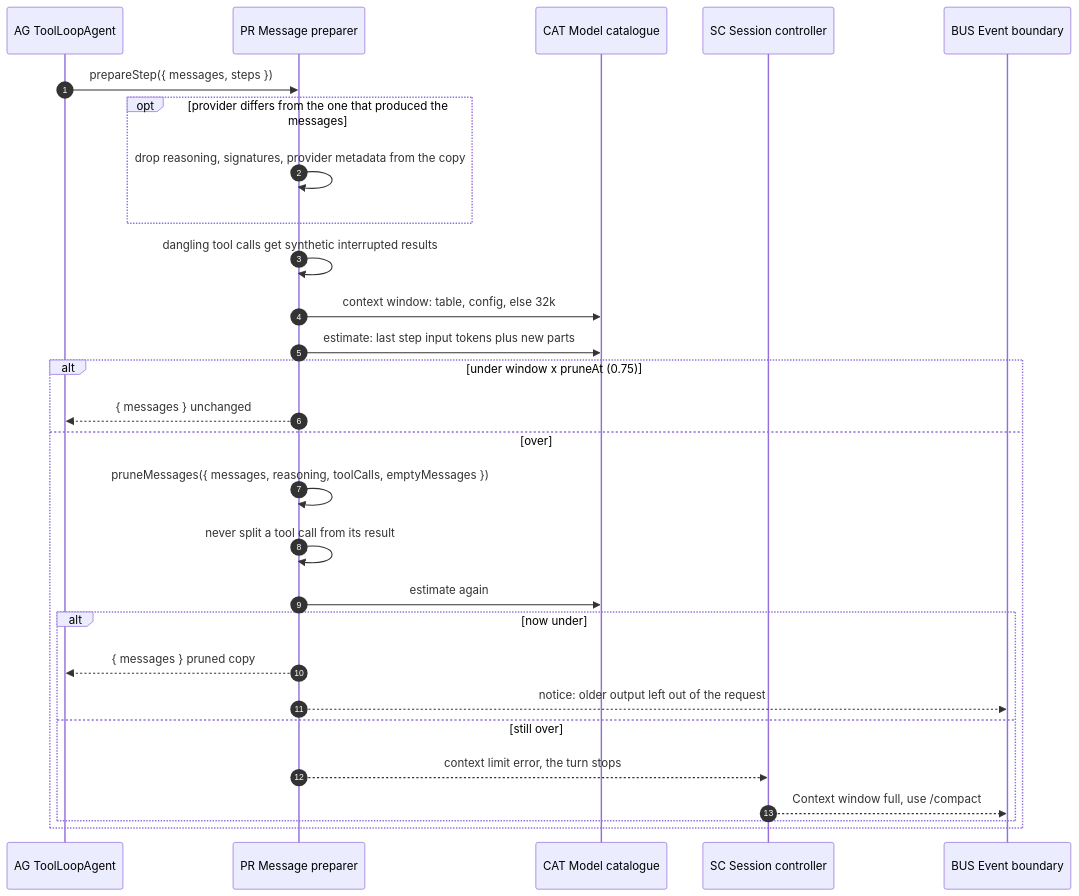
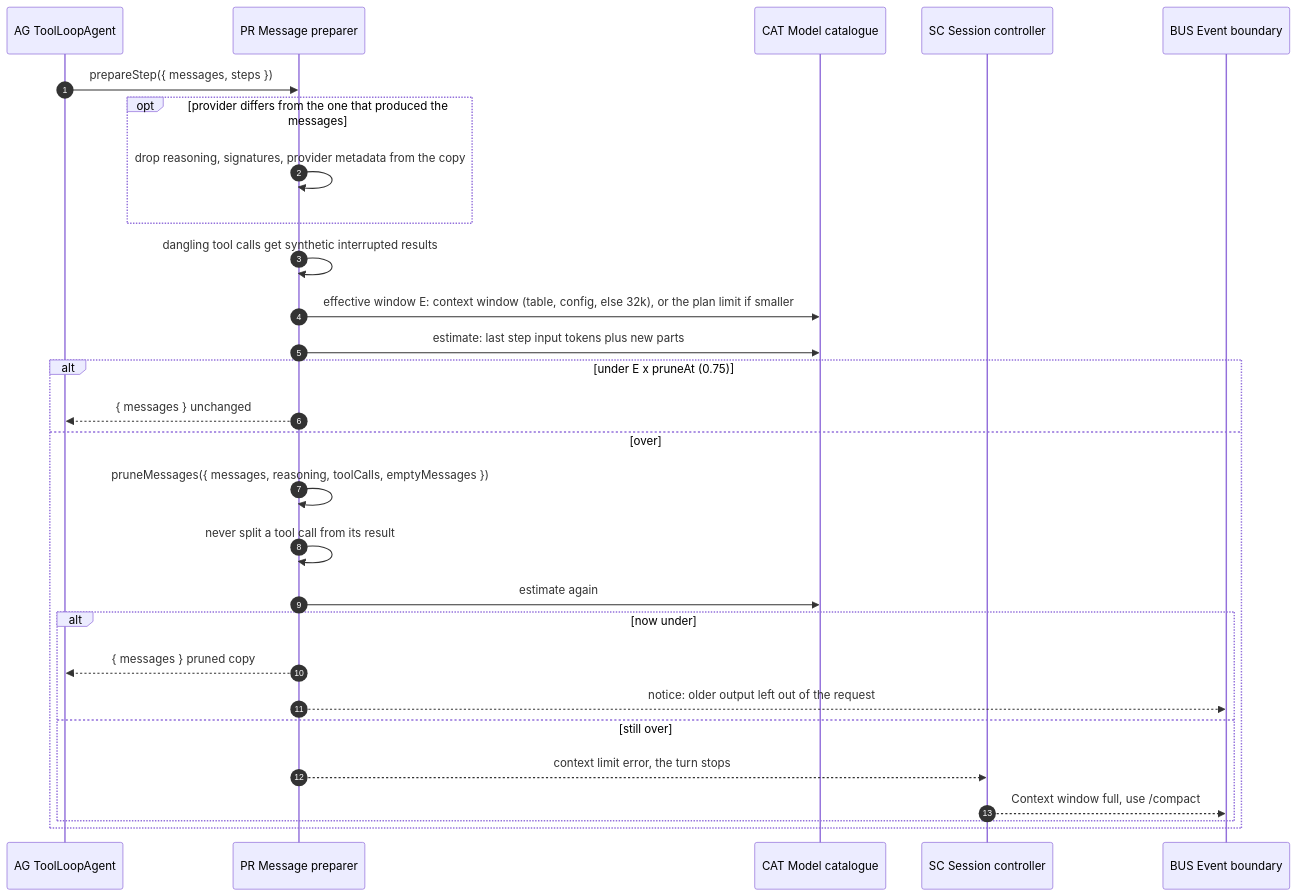
One commit to Dakshnagpal/antai-agent changed diagram 26 of 46 in docs/Deliverables/03_sequence_diagrams.md. Above: the diagram before and after it, drawn with Mermaid. The commit also changed other lines of this file and 18 other files, not shown here.

````diff
--- a/docs/Deliverables/03_sequence_diagrams.md
+++ b/docs/Deliverables/03_sequence_diagrams.md
@@ -1387,30 +1395,30 @@
 ```mermaid
 sequenceDiagram
     autonumber
     participant AG as AG ToolLoopAgent
     participant PR as PR Message preparer
     participant CAT as CAT Model catalogue
     participant SC as SC Session controller
     participant BUS as BUS Event boundary
     AG->>PR: prepareStep({ messages, steps })
     opt provider differs from the one that produced the messages
         PR->>PR: drop reasoning, signatures, provider metadata from the copy
     end
     PR->>PR: dangling tool calls get synthetic interrupted results
-    PR->>CAT: context window: table, config, else 32k
+    PR->>CAT: effective window E: context window (table, config, else 32k), or the plan limit if smaller
     PR->>CAT: estimate: last step input tokens plus new parts
-    alt under window x pruneAt (0.75)
+    alt under E x pruneAt (0.75)
         PR-->>AG: { messages } unchanged
     else over
         PR->>PR: pruneMessages({ messages, reasoning, toolCalls, emptyMessages })
         PR->>PR: never split a tool call from its result
         PR->>CAT: estimate again
         alt now under
             PR-->>AG: { messages } pruned copy
             PR-->>BUS: notice: older output left out of the request
         else still over
             PR-->>SC: context limit error, the turn stops
             SC-->>BUS: Context window full, use /compact
         end
     end
 ```
````
